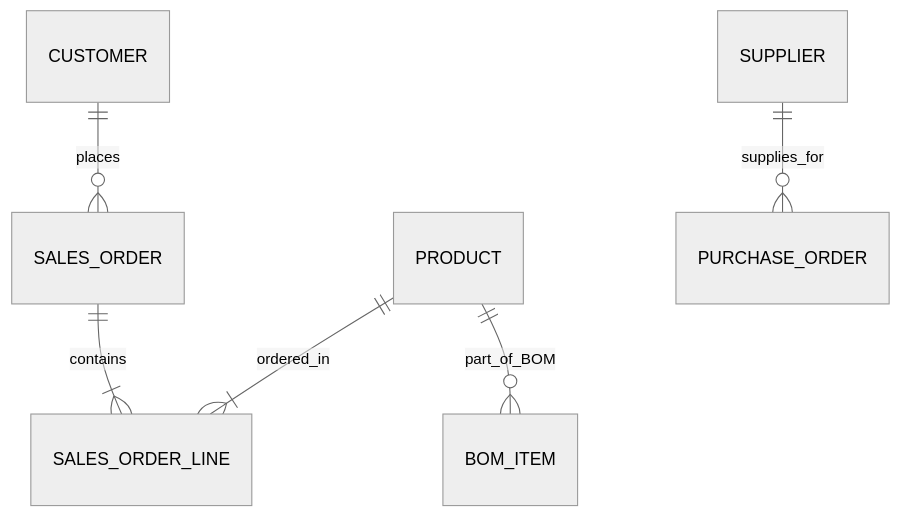
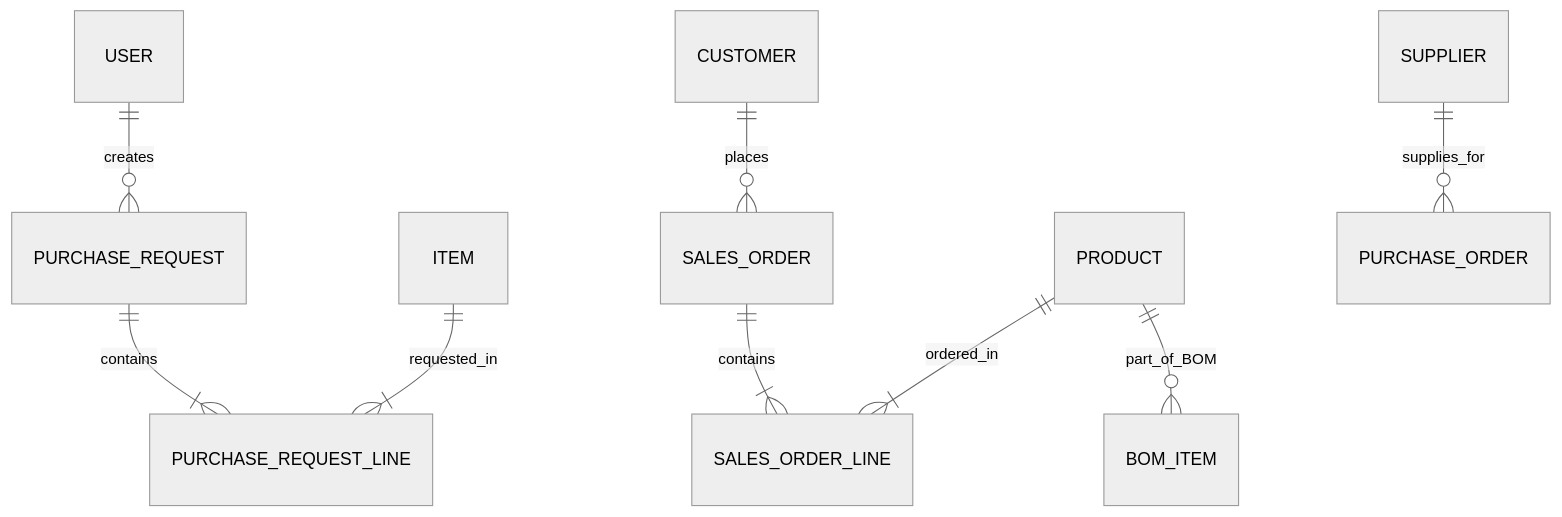
Before and after one commit to jackycj0830/studio: the second of 6 diagrams in spec.md, drawn with Mermaid (neutral theme). The commit also changed other lines of this file and 4 other files, not shown here.

````diff
--- a/spec.md
+++ b/spec.md
@@ -94,8 +94,11 @@
 ```mermaid
 erDiagram
+    USER ||--o{ PURCHASE_REQUEST : creates
+    PURCHASE_REQUEST ||--|{ PURCHASE_REQUEST_LINE : contains
+    ITEM ||--|{ PURCHASE_REQUEST_LINE : requested_in
     CUSTOMER ||--o{ SALES_ORDER : places
     SALES_ORDER ||--|{ SALES_ORDER_LINE : contains
     PRODUCT ||--|{ SALES_ORDER_LINE : ordered_in
     PRODUCT ||--o{ BOM_ITEM : part_of_BOM
     SUPPLIER ||--o{ PURCHASE_ORDER : supplies_for
 ```
````
